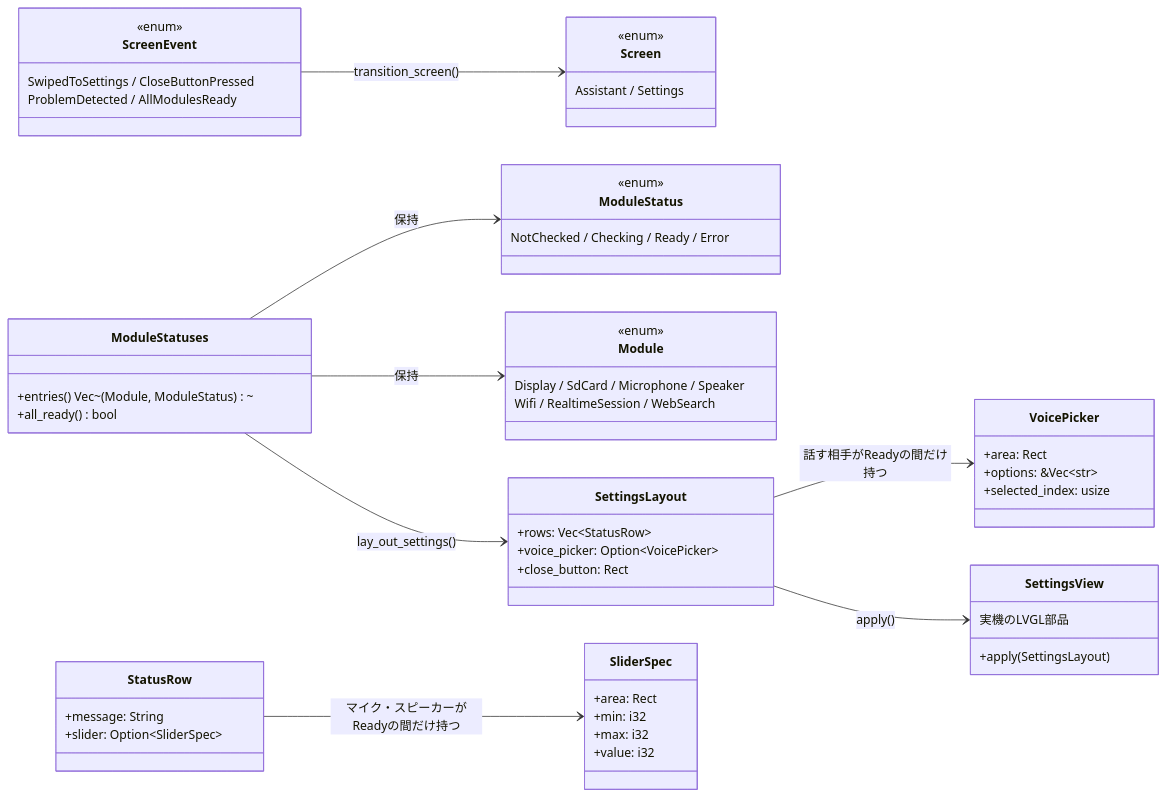
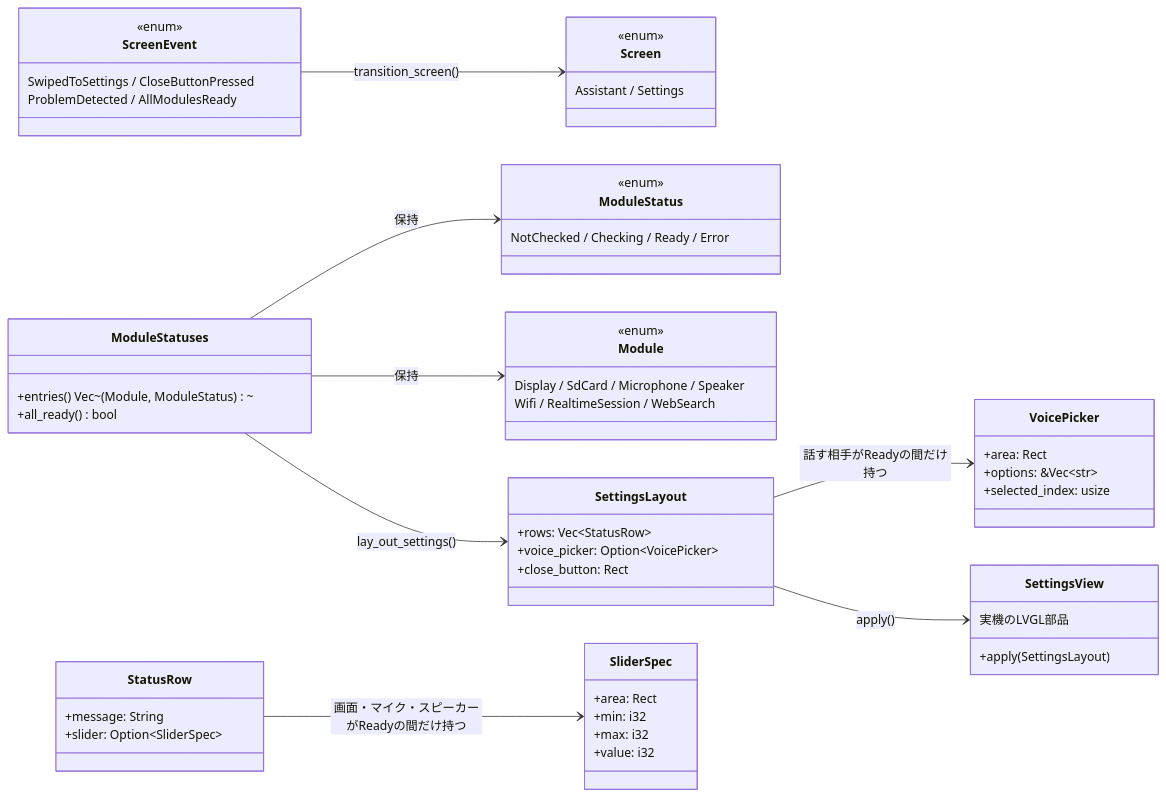
The diagram in docs/design/settings.md (kibou-vision/m5a), drawn with Mermaid before and after one commit. The commit also changed other lines of this file and 6 other files, not shown here.

````diff
--- a/docs/design/settings.md
+++ b/docs/design/settings.md
@@ -7,69 +7,69 @@
 ```mermaid
 classDiagram
   direction LR
 
   class Screen {
     <<enum>>
     Assistant / Settings
   }
 
   class ScreenEvent {
     <<enum>>
     SwipedToSettings / CloseButtonPressed
     ProblemDetected / AllModulesReady
   }
 
   class Module {
     <<enum>>
     Display / SdCard / Microphone / Speaker
     Wifi / RealtimeSession / WebSearch
   }
 
   class ModuleStatus {
     <<enum>>
     NotChecked / Checking / Ready / Error
   }
 
   class ModuleStatuses {
     +entries() Vec~(Module, ModuleStatus)~
     +all_ready() bool
   }
 
   class StatusRow {
     +message: String
     +slider: Option~SliderSpec~
   }
 
   class SliderSpec {
     +area: Rect
     +min: i32
     +max: i32
     +value: i32
   }
 
   class VoicePicker {
     +area: Rect
     +options: &Vec~str~
     +selected_index: usize
   }
 
   class SettingsLayout {
     +rows: Vec~StatusRow~
     +voice_picker: Option~VoicePicker~
     +close_button: Rect
   }
 
-  StatusRow --> SliderSpec : マイク・スピーカーがReadyの間だけ持つ
+  StatusRow --> SliderSpec : 画面・マイク・スピーカーがReadyの間だけ持つ
   SettingsLayout --> VoicePicker : 話す相手がReadyの間だけ持つ
 
   class SettingsView {
     実機のLVGL部品
     +apply(SettingsLayout)
   }
 
   ModuleStatuses --> ModuleStatus : 保持
   ModuleStatuses --> Module : 保持
   ModuleStatuses --> SettingsLayout : lay_out_settings()
   SettingsLayout --> SettingsView : apply()
   ScreenEvent --> Screen : transition_screen()
 ```
````
